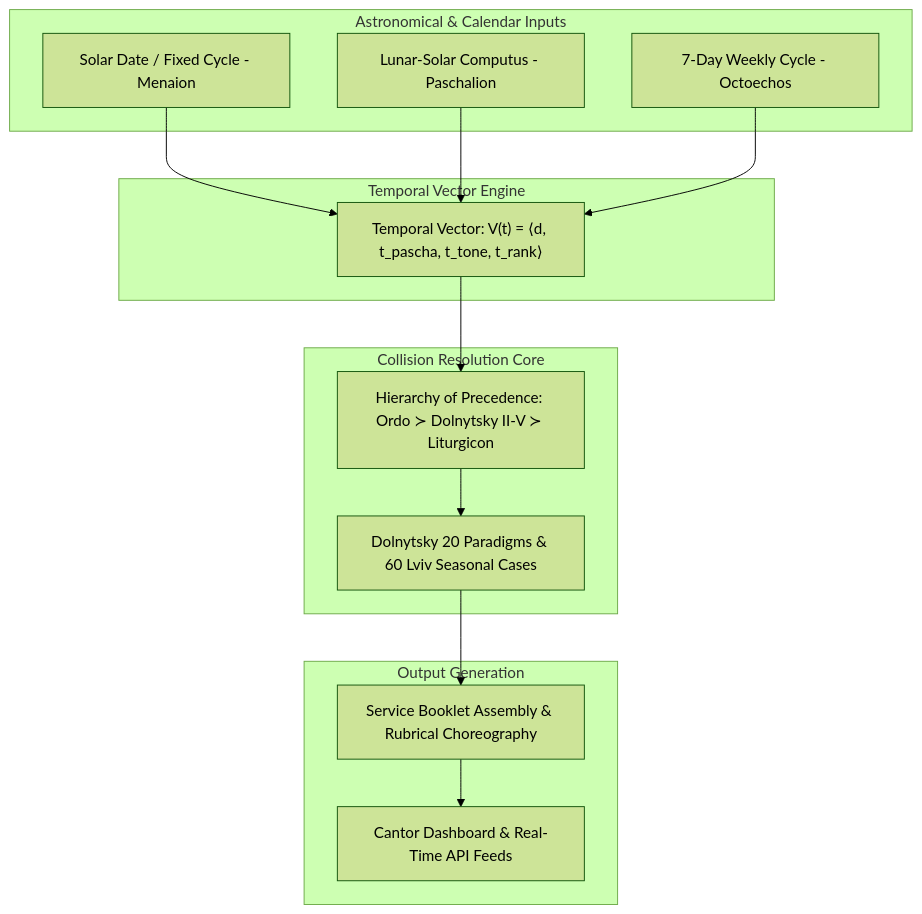
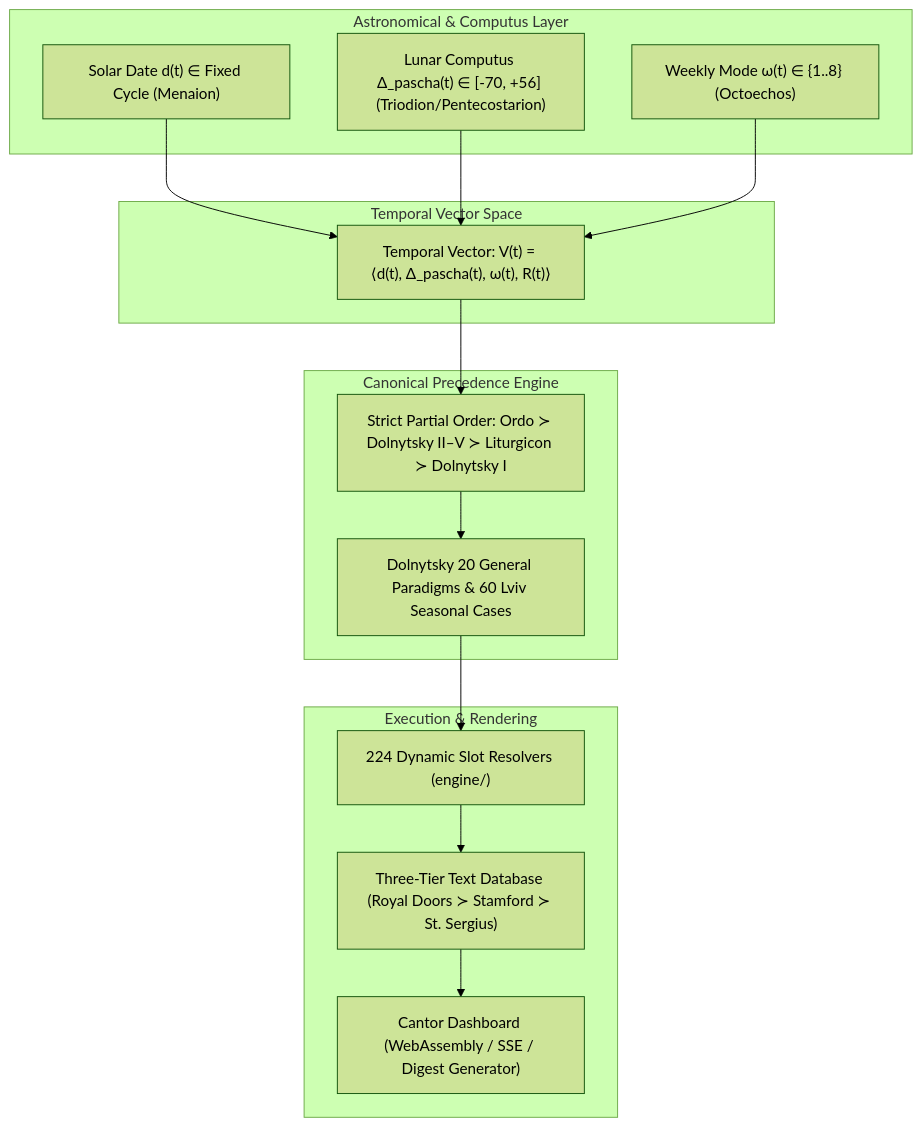
The first of 4 diagrams in docs/monograph/Computational_Liturgics_Research_Monograph.md (augyyyyy/typikon-coded), drawn with Mermaid (forest theme) before and after one commit. The commit also changed other lines of this file and 61 other files, not shown here.

````diff
--- a/docs/monograph/Computational_Liturgics_Research_Monograph.md
+++ b/docs/monograph/Computational_Liturgics_Research_Monograph.md
@@ -37,30 +39,32 @@
 ```mermaid
 graph TD
-    subgraph Astronomical & Calendar Inputs
-        Sol[Solar Date / Fixed Cycle - Menaion]
-        Lun[Lunar-Solar Computus - Paschalion]
-        Wk[7-Day Weekly Cycle - Octoechos]
+    subgraph Astronomical & Computus Layer
+        Sol["Solar Date d(t) ∈ Fixed Cycle (Menaion)"]
+        Lun["Lunar Computus Δ_pascha(t) ∈ [-70, +56] (Triodion/Pentecostarion)"]
+        Oct["Weekly Mode ω(t) ∈ {1..8} (Octoechos)"]
     end
 
-    subgraph Temporal Vector Engine
-        TV["Temporal Vector: V(t) = ⟨d, t_pascha, t_tone, t_rank⟩"]
+    subgraph Temporal Vector Space
+        TV["Temporal Vector: V(t) = ⟨d(t), Δ_pascha(t), ω(t), R(t)⟩"]
     end
 
-    subgraph Collision Resolution Core
-        PR["Hierarchy of Precedence: Ordo ≻ Dolnytsky II-V ≻ Liturgicon"]
-        DP["Dolnytsky 20 Paradigms & 60 Lviv Seasonal Cases"]
+    subgraph Canonical Precedence Engine
+        PO["Strict Partial Order: Ordo ≻ Dolnytsky II–V ≻ Liturgicon ≻ Dolnytsky I"]
+        DP["Dolnytsky 20 General Paradigms & 60 Lviv Seasonal Cases"]
     end
 
-    subgraph Output Generation
-        BK["Service Booklet Assembly & Rubrical Choreography"]
-        CD["Cantor Dashboard & Real-Time API Feeds"]
+    subgraph Execution & Rendering
+        MR["224 Dynamic Slot Resolvers (engine/)"]
+        TANF["Three-Tier Text Database (Royal Doors ≻ Stamford ≻ St. Sergius)"]
+        CD["Cantor Dashboard (WebAssembly / SSE / Digest Generator)"]
     end
 
     Sol --> TV
     Lun --> TV
-    Wk --> TV
-    TV --> PR
-    PR --> DP
-    DP --> BK
-    BK --> CD
+    Oct --> TV
+    TV --> PO
+    PO --> DP
+    DP --> MR
+    MR --> TANF
+    TANF --> CD
 ```
````
